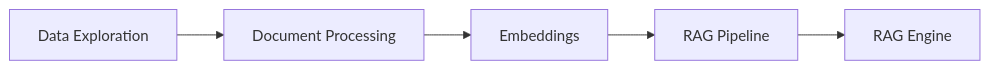
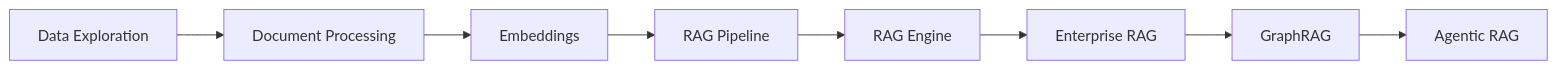
The diagram in chapter-2/README.md (andres236/genai-on-google-cloud), drawn with Mermaid before and after one commit. The commit also changed other lines of this file and 3 other files, not shown here.

````diff
--- a/chapter-2/README.md
+++ b/chapter-2/README.md
@@ -31,7 +36,10 @@
 ```mermaid
 flowchart LR
     A[Data Exploration] --> B[Document Processing]
     B --> C[Embeddings]
     C --> D[RAG Pipeline]
     D --> E[RAG Engine]
+    E --> F[Enterprise RAG]
+    F --> G[GraphRAG]
+    G --> H[Agentic RAG]
 ```
````
